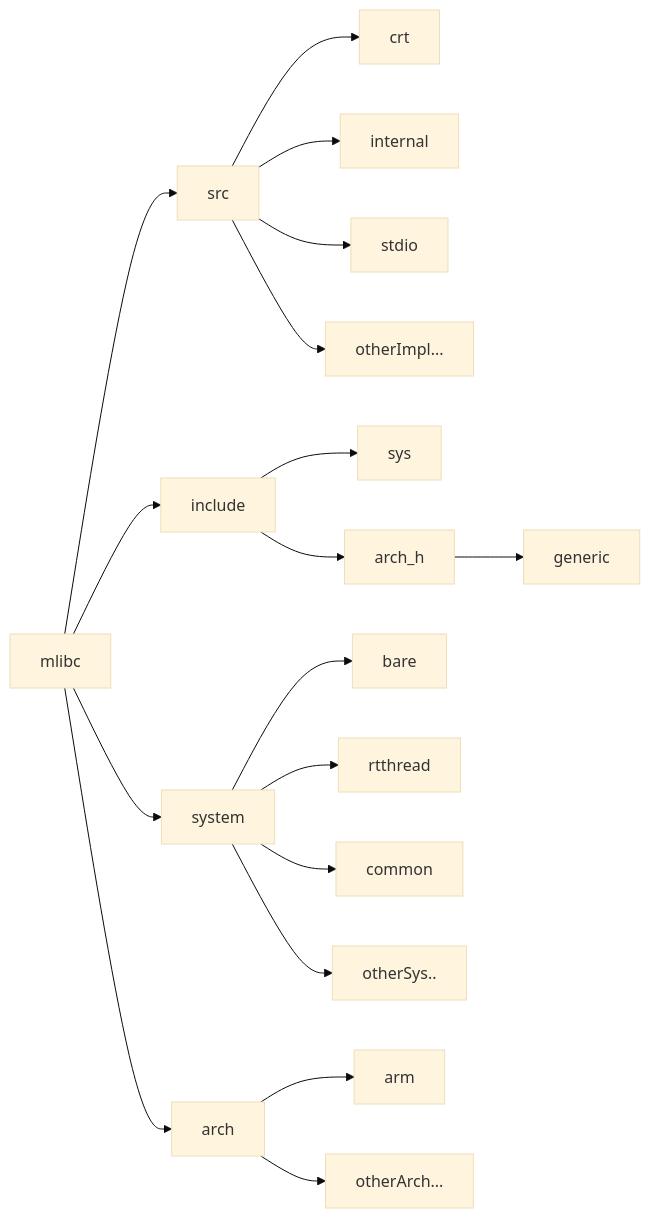
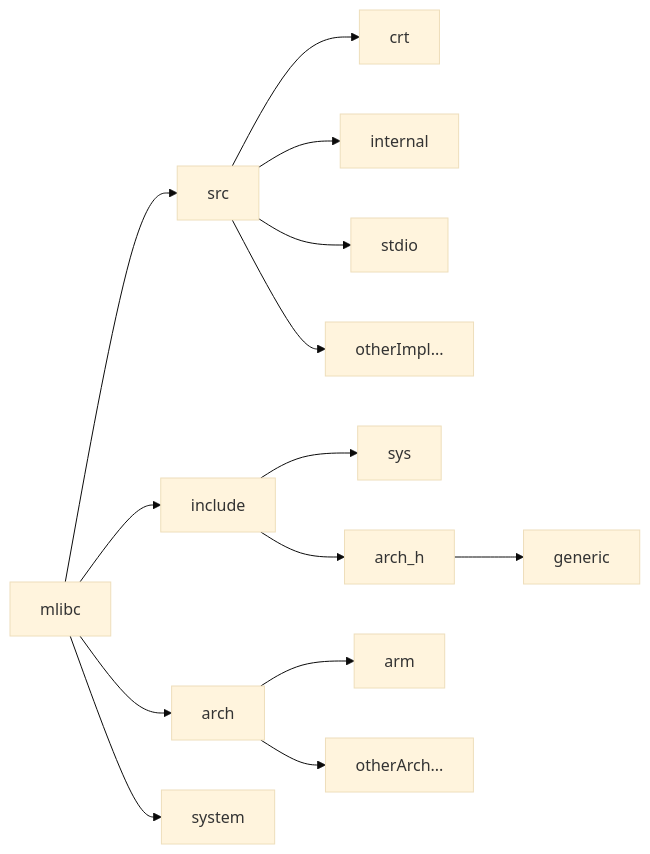
The first of 2 diagrams in ARCH.md (plctlab/mlibc), drawn with Mermaid (base theme) before and after one commit. The commit also changed other lines of this file and 37 other files, not shown here.

````diff
--- a/ARCH.md
+++ b/ARCH.md
@@ -3,20 +3,16 @@
 ```mermaid
 flowchart LR
 mlibc-->src
 mlibc-->include
 mlibc-->arch
 mlibc-->system
 src-->crt
 src-->internal
 src-->stdio
 src-->otherImpl...
 include-->sys
 include-->arch_h
 arch_h-->generic
-system-->bare
-system-->rtthread
-system-->common
-system-->otherSys..
 arch-->arm
 arch-->otherArch...
 ```
````
